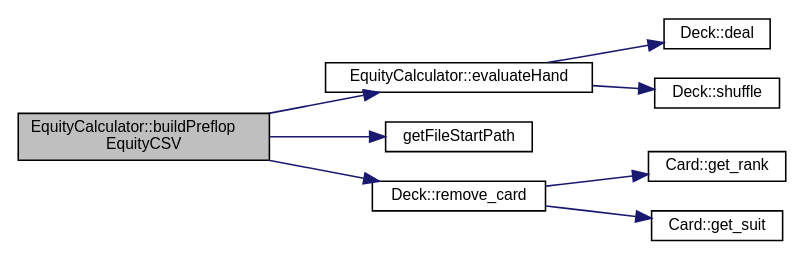
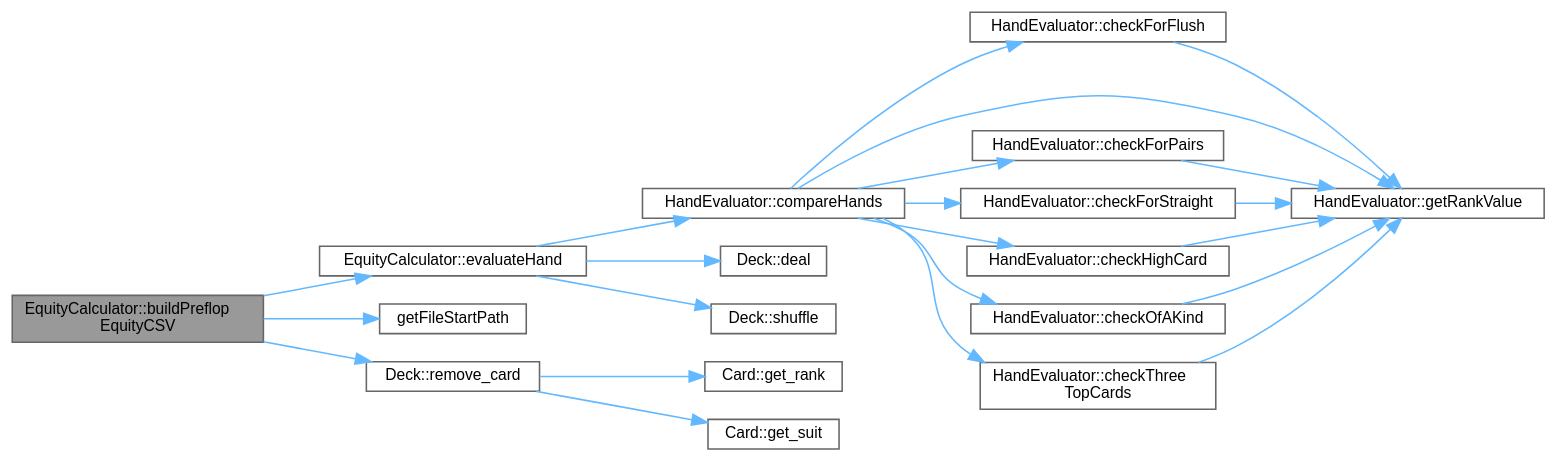
Before and after one commit to jesstyrrell/cosc345: the diagram in class_equity_calculator_a5e6d58769d8554960b7434bef984cb28_cgraph.dot, drawn with Graphviz. The commit also changed 549 other files, not shown here.

```diff
--- a/class_equity_calculator_a5e6d58769d8554960b7434bef984cb28_cgraph.dot
+++ b/class_equity_calculator_a5e6d58769d8554960b7434bef984cb28_cgraph.dot
@@ -1,23 +1,46 @@
 digraph "EquityCalculator::buildPreflopEquityCSV"
 {
  // INTERACTIVE_SVG=YES
  // LATEX_PDF_SIZE
-  edge [fontname="Helvetica",fontsize="10",labelfontname="Helvetica",labelfontsize="10"];
-  node [fontname="Helvetica",fontsize="10",shape=record];
+  bgcolor="transparent";
+  edge [fontname=Helvetica,fontsize=10,labelfontname=Helvetica,labelfontsize=10];
+  node [fontname=Helvetica,fontsize=10,shape=box,height=0.2,width=0.4];
   rankdir="LR";
-  Node1 [label="EquityCalculator::buildPreflop\lEquityCSV",height=0.2,width=0.4,color="black", fillcolor="grey75", style="filled", fontcolor="black",tooltip=" "];
-  Node1 -> Node2 [color="midnightblue",fontsize="10",style="solid",fontname="Helvetica"];
-  Node2 [label="EquityCalculator::evaluateHand",height=0.2,width=0.4,color="black", fillcolor="white", style="filled",URL="$class_equity_calculator.html#af315dfcb578ab5889dab4bc970b1d597",tooltip=" "];
-  Node2 -> Node3 [color="midnightblue",fontsize="10",style="solid",fontname="Helvetica"];
-  Node3 [label="Deck::deal",height=0.2,width=0.4,color="black", fillcolor="white", style="filled",URL="$class_deck.html#a16604aabf7fc56dd44a72c4e862758cf",tooltip="Deals a card from the top of the deck."];
-  Node2 -> Node4 [color="midnightblue",fontsize="10",style="solid",fontname="Helvetica"];
-  Node4 [label="Deck::shuffle",height=0.2,width=0.4,color="black", fillcolor="white", style="filled",URL="$class_deck.html#ae5a1e52ab00ae5924f2bc6b730dba3eb",tooltip="Shuffles the deck of cards."];
-  Node1 -> Node5 [color="midnightblue",fontsize="10",style="solid",fontname="Helvetica"];
-  Node5 [label="getFileStartPath",height=0.2,width=0.4,color="black", fillcolor="white", style="filled",URL="$_equity_calculator_8cpp.html#a0085024502b532d59d893e73ac36ab14",tooltip=" "];
-  Node1 -> Node6 [color="midnightblue",fontsize="10",style="solid",fontname="Helvetica"];
-  Node6 [label="Deck::remove_card",height=0.2,width=0.4,color="black", fillcolor="white", style="filled",URL="$class_deck.html#a61714386178ebc83bfa95b838db0adf1",tooltip="Removes a specified card from the deck."];
-  Node6 -> Node7 [color="midnightblue",fontsize="10",style="solid",fontname="Helvetica"];
-  Node7 [label="Card::get_rank",height=0.2,width=0.4,color="black", fillcolor="white", style="filled",URL="$class_card.html#a684299c7ec09b07b09ff1072c7b908e3",tooltip="Gets the rank of the card."];
-  Node6 -> Node8 [color="midnightblue",fontsize="10",style="solid",fontname="Helvetica"];
-  Node8 [label="Card::get_suit",height=0.2,width=0.4,color="black", fillcolor="white", style="filled",URL="$class_card.html#a9df0b3ca31842ad2c8669cae24e543bf",tooltip="Gets the suit of the card."];
+  Node1 [id="Node000001",label="EquityCalculator::buildPreflop\lEquityCSV",height=0.2,width=0.4,color="gray40", fillcolor="grey60", style="filled", fontcolor="black",tooltip=" "];
+  Node1 -> Node2 [id="edge1_Node000001_Node000002",color="steelblue1",style="solid",tooltip=" "];
+  Node2 [id="Node000002",label="EquityCalculator::evaluateHand",height=0.2,width=0.4,color="grey40", fillcolor="white", style="filled",URL="$class_equity_calculator.html#af315dfcb578ab5889dab4bc970b1d597",tooltip=" "];
+  Node2 -> Node3 [id="edge2_Node000002_Node000003",color="steelblue1",style="solid",tooltip=" "];
+  Node3 [id="Node000003",label="HandEvaluator::compareHands",height=0.2,width=0.4,color="grey40", fillcolor="white", style="filled",URL="$class_hand_evaluator.html#ac699bebeb0b211a7b84359a1023e0d83",tooltip="Compares two hands to determine the winner."];
+  Node3 -> Node4 [id="edge3_Node000003_Node000004",color="steelblue1",style="solid",tooltip=" "];
+  Node4 [id="Node000004",label="HandEvaluator::checkForFlush",height=0.2,width=0.4,color="grey40", fillcolor="white", style="filled",URL="$class_hand_evaluator.html#a3516765d723bb99d75f7a881c6cf5202",tooltip="Checks for a flush in a combined hand and community cards."];
+  Node4 -> Node5 [id="edge4_Node000004_Node000005",color="steelblue1",style="solid",tooltip=" "];
+  Node5 [id="Node000005",label="HandEvaluator::getRankValue",height=0.2,width=0.4,color="grey40", fillcolor="white", style="filled",URL="$class_hand_evaluator.html#aad910729e355e6c35737a4d3c064133b",tooltip="Gets the numerical value of a card rank."];
+  Node3 -> Node6 [id="edge5_Node000003_Node000006",color="steelblue1",style="solid",tooltip=" "];
+  Node6 [id="Node000006",label="HandEvaluator::checkForPairs",height=0.2,width=0.4,color="grey40", fillcolor="white", style="filled",URL="$class_hand_evaluator.html#a44981d3722af1c7238008efb7d9d1ff5",tooltip="Checks for pairs in a combined hand and community cards."];
+  Node6 -> Node5 [id="edge6_Node000006_Node000005",color="steelblue1",style="solid",tooltip=" "];
+  Node3 -> Node7 [id="edge7_Node000003_Node000007",color="steelblue1",style="solid",tooltip=" "];
+  Node7 [id="Node000007",label="HandEvaluator::checkForStraight",height=0.2,width=0.4,color="grey40", fillcolor="white", style="filled",URL="$class_hand_evaluator.html#a5bc5392a16674e019105c2d84a88e31b",tooltip="Checks for a straight in a combined hand and community cards."];
+  Node7 -> Node5 [id="edge8_Node000007_Node000005",color="steelblue1",style="solid",tooltip=" "];
+  Node3 -> Node8 [id="edge9_Node000003_Node000008",color="steelblue1",style="solid",tooltip=" "];
+  Node8 [id="Node000008",label="HandEvaluator::checkHighCard",height=0.2,width=0.4,color="grey40", fillcolor="white", style="filled",URL="$class_hand_evaluator.html#ac827b68f055f510da7e982ee961cae5e",tooltip="Compares high cards between two hands."];
+  Node8 -> Node5 [id="edge10_Node000008_Node000005",color="steelblue1",style="solid",tooltip=" "];
+  Node3 -> Node9 [id="edge11_Node000003_Node000009",color="steelblue1",style="solid",tooltip=" "];
+  Node9 [id="Node000009",label="HandEvaluator::checkOfAKind",height=0.2,width=0.4,color="grey40", fillcolor="white", style="filled",URL="$class_hand_evaluator.html#a96fb1828d429e6883dc4933bcdf2c229",tooltip="Checks for a specified number of a kind in a hand and community cards."];
+  Node9 -> Node5 [id="edge12_Node000009_Node000005",color="steelblue1",style="solid",tooltip=" "];
+  Node3 -> Node10 [id="edge13_Node000003_Node000010",color="steelblue1",style="solid",tooltip=" "];
+  Node10 [id="Node000010",label="HandEvaluator::checkThree\lTopCards",height=0.2,width=0.4,color="grey40", fillcolor="white", style="filled",URL="$class_hand_evaluator.html#a91e4193fdf660f4648a71addc1845b6f",tooltip="Compares the top three cards between two hands after pairs have been evaluated."];
+  Node10 -> Node5 [id="edge14_Node000010_Node000005",color="steelblue1",style="solid",tooltip=" "];
+  Node3 -> Node5 [id="edge15_Node000003_Node000005",color="steelblue1",style="solid",tooltip=" "];
+  Node2 -> Node11 [id="edge16_Node000002_Node000011",color="steelblue1",style="solid",tooltip=" "];
+  Node11 [id="Node000011",label="Deck::deal",height=0.2,width=0.4,color="grey40", fillcolor="white", style="filled",URL="$class_deck.html#a16604aabf7fc56dd44a72c4e862758cf",tooltip="Deals a card from the top of the deck."];
+  Node2 -> Node12 [id="edge17_Node000002_Node000012",color="steelblue1",style="solid",tooltip=" "];
+  Node12 [id="Node000012",label="Deck::shuffle",height=0.2,width=0.4,color="grey40", fillcolor="white", style="filled",URL="$class_deck.html#ae5a1e52ab00ae5924f2bc6b730dba3eb",tooltip="Shuffles the deck of cards."];
+  Node1 -> Node13 [id="edge18_Node000001_Node000013",color="steelblue1",style="solid",tooltip=" "];
+  Node13 [id="Node000013",label="getFileStartPath",height=0.2,width=0.4,color="grey40", fillcolor="white", style="filled",URL="$_equity_calculator_8cpp.html#a0085024502b532d59d893e73ac36ab14",tooltip=" "];
+  Node1 -> Node14 [id="edge19_Node000001_Node000014",color="steelblue1",style="solid",tooltip=" "];
+  Node14 [id="Node000014",label="Deck::remove_card",height=0.2,width=0.4,color="grey40", fillcolor="white", style="filled",URL="$class_deck.html#a61714386178ebc83bfa95b838db0adf1",tooltip="Removes a specified card from the deck."];
+  Node14 -> Node15 [id="edge20_Node000014_Node000015",color="steelblue1",style="solid",tooltip=" "];
+  Node15 [id="Node000015",label="Card::get_rank",height=0.2,width=0.4,color="grey40", fillcolor="white", style="filled",URL="$class_card.html#a684299c7ec09b07b09ff1072c7b908e3",tooltip="Gets the rank of the card."];
+  Node14 -> Node16 [id="edge21_Node000014_Node000016",color="steelblue1",style="solid",tooltip=" "];
+  Node16 [id="Node000016",label="Card::get_suit",height=0.2,width=0.4,color="grey40", fillcolor="white", style="filled",URL="$class_card.html#a9df0b3ca31842ad2c8669cae24e543bf",tooltip="Gets the suit of the card."];
 }
```
